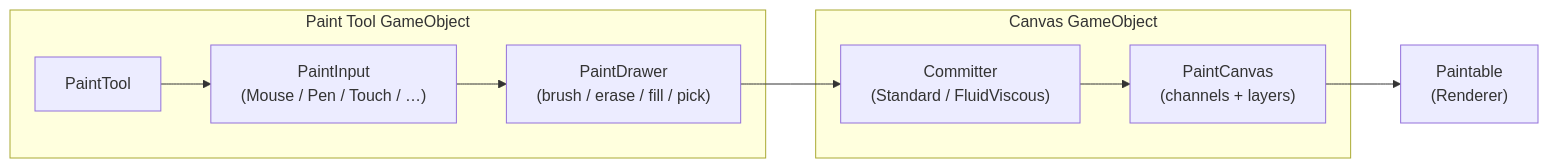
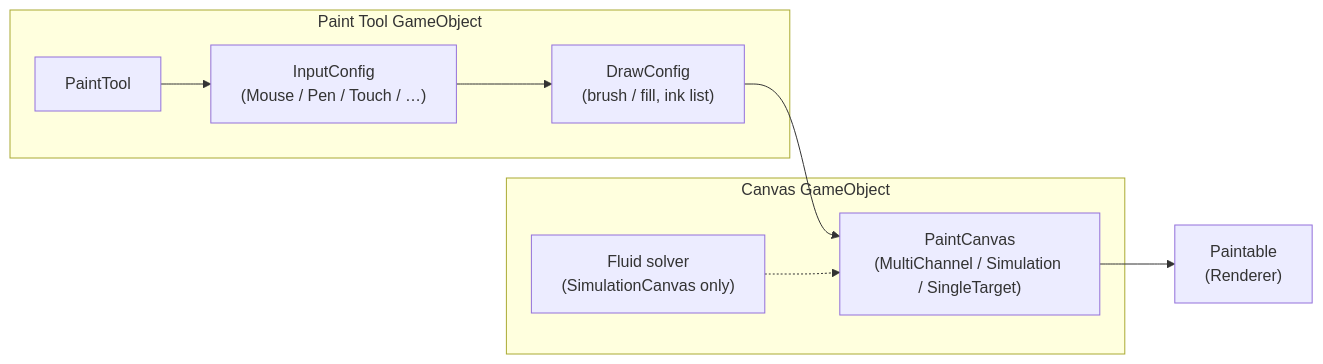
Before and after one commit to deepwavegame/deepwavegame.github.io: the diagram in docs/tools/simple-painter/getting-started.md, drawn with Mermaid. The commit also changed other lines of this file and 12 other files, not shown here.

````diff
--- a/docs/tools/simple-painter/getting-started.md
+++ b/docs/tools/simple-painter/getting-started.md
@@ -83,14 +89,15 @@
 ```mermaid
 graph LR
     subgraph Tool["Paint Tool GameObject"]
-        PI["PaintInput<br/>(Mouse / Pen / Touch / …)"]
-        PD["PaintDrawer<br/>(brush / erase / fill / pick)"]
+        PI["InputConfig<br/>(Mouse / Pen / Touch / …)"]
+        PD["DrawConfig<br/>(brush / fill, ink list)"]
         PT["PaintTool"]
     end
     subgraph Canvas["Canvas GameObject"]
-        PC["PaintCanvas<br/>(channels + layers)"]
-        CM["Committer<br/>(Standard / FluidViscous)"]
+        PC["PaintCanvas<br/>(MultiChannel / Simulation / SingleTarget)"]
+        FS["Fluid solver<br/>(SimulationCanvas only)"]
     end
     P["Paintable<br/>(Renderer)"]
-    PT --> PI --> PD --> CM --> PC --> P
+    PT --> PI --> PD --> PC --> P
+    FS -.-> PC
 ```
````
